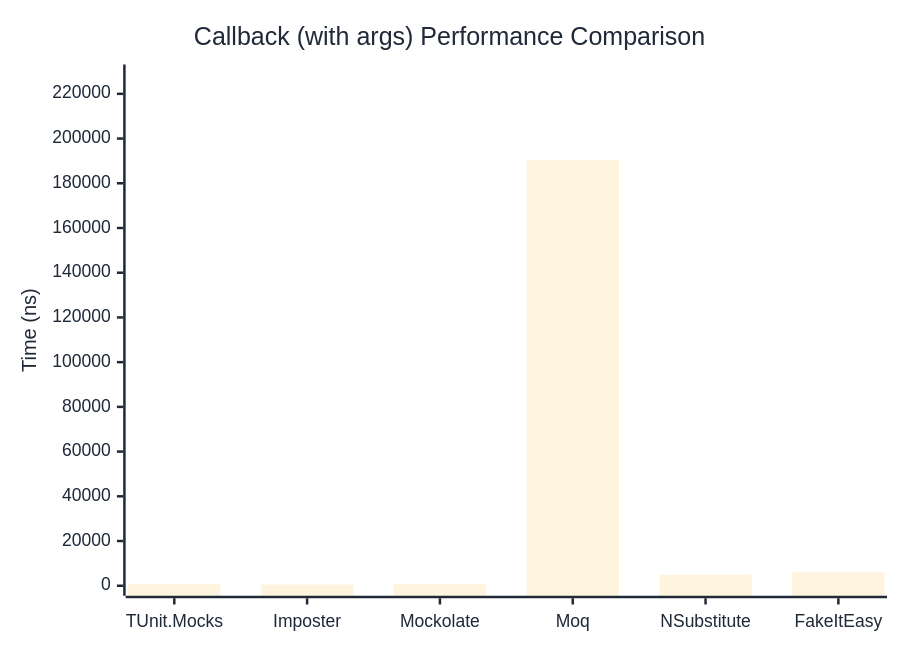
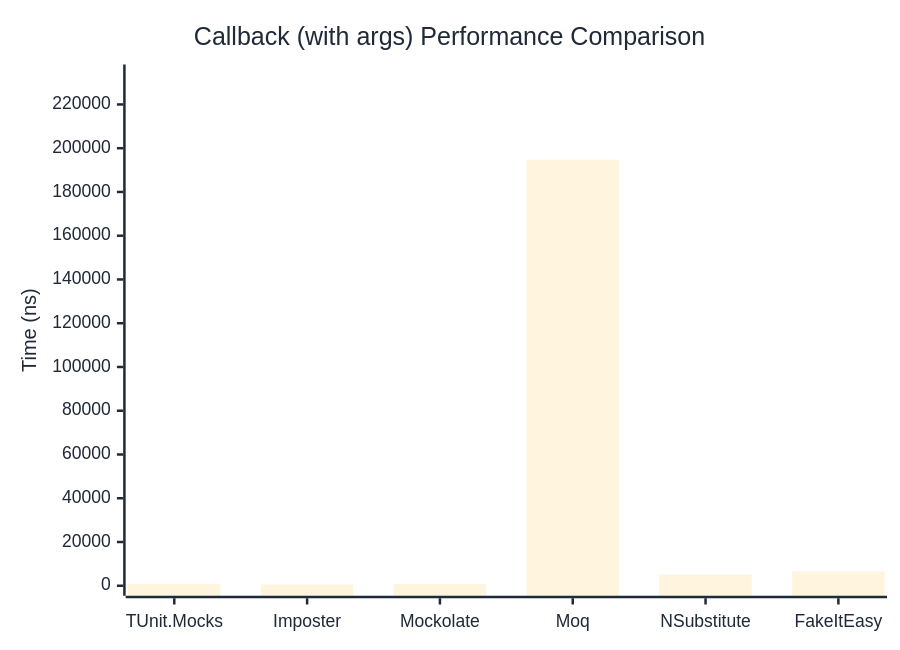
One commit to thomhurst/TUnit changed the second of 2 diagrams in docs/docs/benchmarks/mocks/Callback.md. Above: the diagram before and after it, drawn with Mermaid. The commit also changed other lines of this file and 13 other files, not shown here.

````diff
--- a/docs/docs/benchmarks/mocks/Callback.md
+++ b/docs/docs/benchmarks/mocks/Callback.md
@@ -69,27 +69,27 @@
 ```mermaid
 %%{init: {
   'theme':'base',
   'themeVariables': {
     'primaryColor': '#2563eb',
     'primaryTextColor': '#1f2937',
     'primaryBorderColor': '#1e40af',
     'lineColor': '#6b7280',
     'secondaryColor': '#7c3aed',
     'tertiaryColor': '#dc2626',
     'background': '#ffffff',
     'pie1': '#2563eb',
     'pie2': '#7c3aed',
     'pie3': '#dc2626',
     'pie4': '#f59e0b',
     'pie5': '#10b981',
     'pie6': '#06b6d4',
     'pie7': '#ec4899',
     'pie8': '#6366f1'
   }
 }}%%
 xychart-beta
   title "Callback (with args) Performance Comparison"
   x-axis ["TUnit.Mocks", "Imposter", "Mockolate", "Moq", "NSubstitute", "FakeItEasy"]
-  y-axis "Time (ns)" 0 --> 228647
-  bar [824.3, 539.4, 634, 190538.4, 4932.8, 5989.3]
+  y-axis "Time (ns)" 0 --> 233695
+  bar [874.4, 566.8, 698.7, 194745.5, 5126.7, 6496.5]
 ```
````
